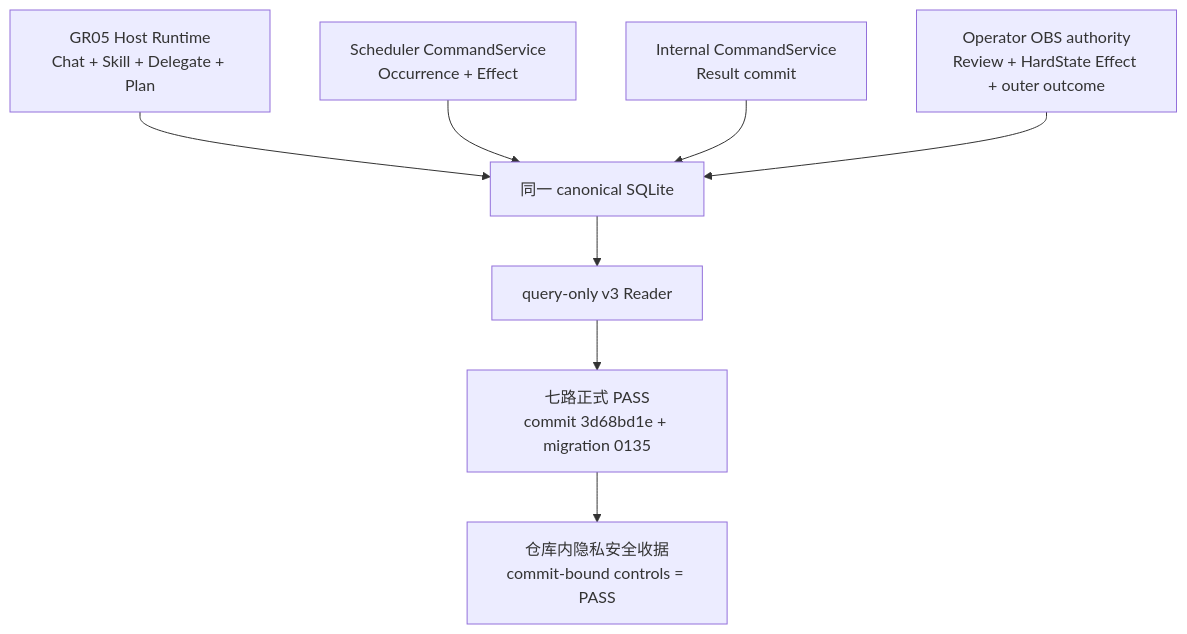
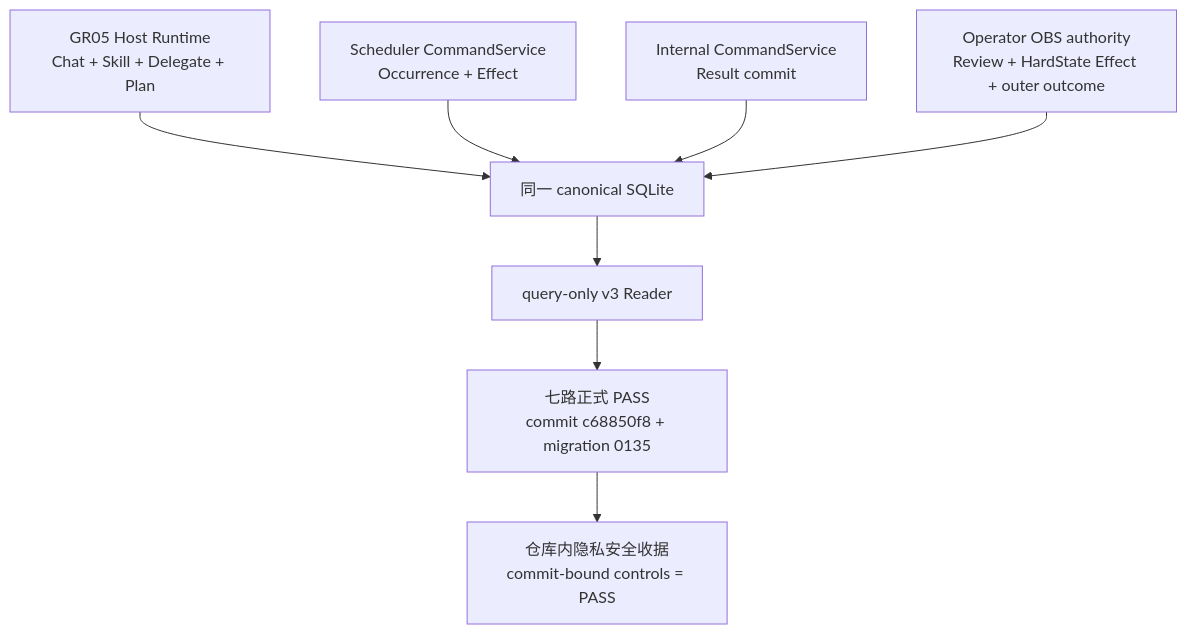
The fourth of 39 diagrams in docs/50_project/arch/DATA_FLOW_ARCHITECTURE.md (SakuraYoruno/Natsume_Ai), drawn with Mermaid before and after one commit. The commit also changed other lines of this file and 17 other files, not shown here.

````diff
--- a/docs/50_project/arch/DATA_FLOW_ARCHITECTURE.md
+++ b/docs/50_project/arch/DATA_FLOW_ARCHITECTURE.md
@@ -87,10 +87,10 @@
 ```mermaid
 flowchart TD
     H["GR05 Host Runtime\nChat + Skill + Delegate + Plan"] --> DB["同一 canonical SQLite"]
     S["Scheduler CommandService\nOccurrence + Effect"] --> DB
     I["Internal CommandService\nResult commit"] --> DB
     O["Operator OBS authority\nReview + HardState Effect + outer outcome"] --> DB
     DB --> R["query-only v3 Reader"]
-    R --> V["七路正式 PASS\ncommit 3d68bd1e + migration 0135"]
+    R --> V["七路正式 PASS\ncommit c68850f8 + migration 0135"]
     V --> X["仓库内隐私安全收据\ncommit-bound controls = PASS"]
 ```
````
